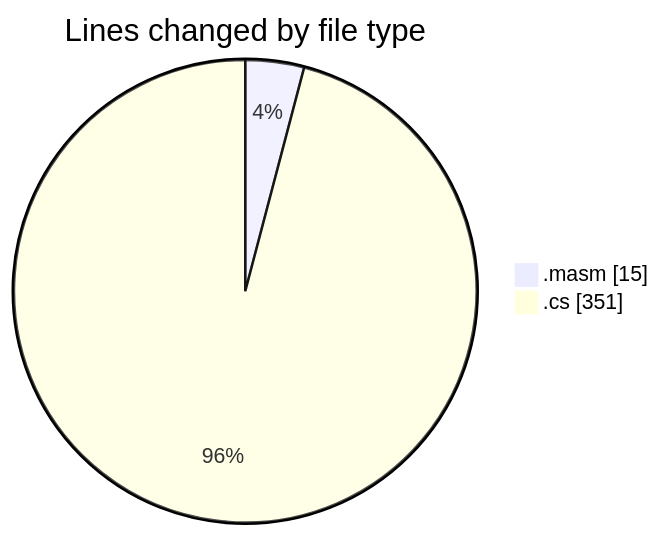
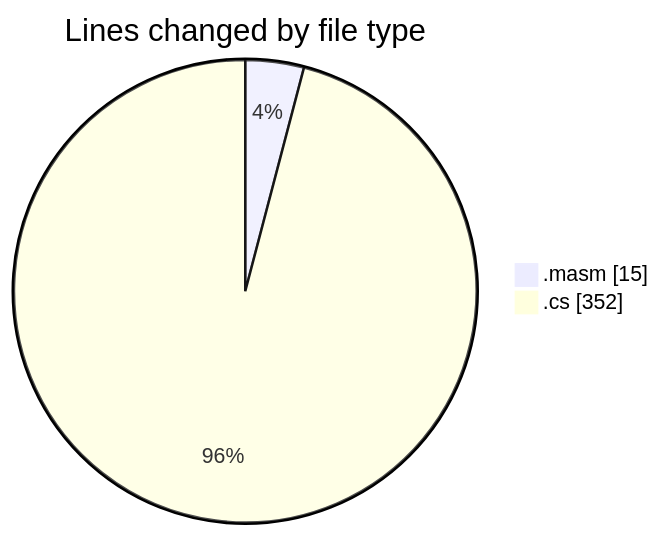
One commit to charlie-sans/code-tracking changed the first of 2 diagrams in 2025-03-18/sharpmasm/README.md. Above: the diagram before and after it, drawn with Mermaid. The commit also changed other lines of this file and 1 other file, not shown here.

````diff
--- a/2025-03-18/sharpmasm/README.md
+++ b/2025-03-18/sharpmasm/README.md
@@ -21,6 +21,6 @@
 ```mermaid
 pie showData
 title Lines changed by file type
 ".masm" : 15
-".cs" : 351
+".cs" : 352
 ```
````
